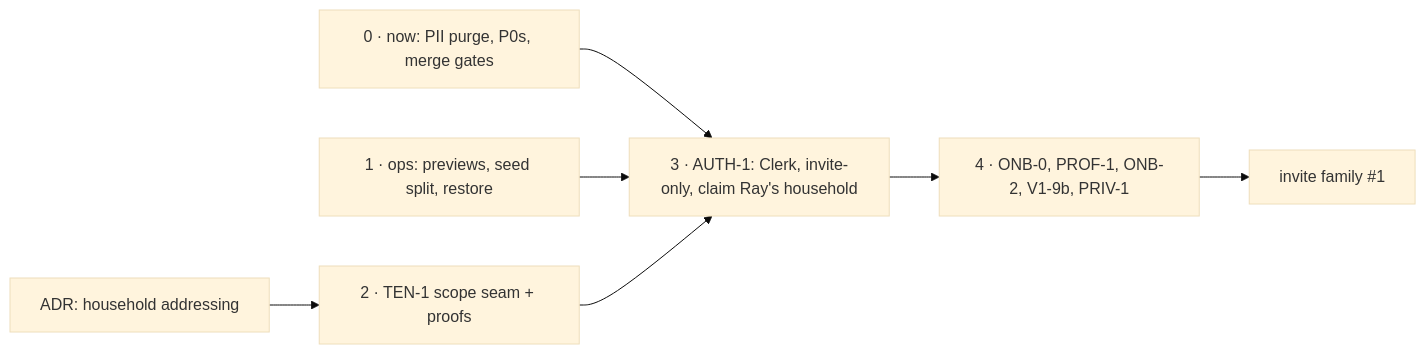
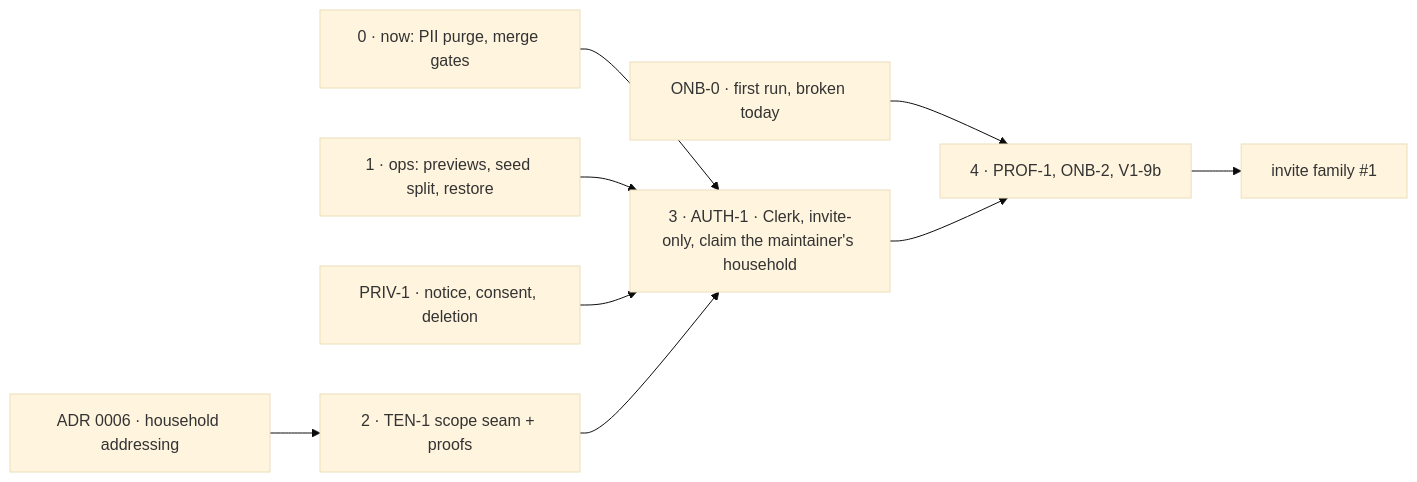
One commit to ralamode/mat-plan changed the diagram in docs/milestones/beta-1.md. Above: the diagram before and after it, drawn with Mermaid (base theme). The commit also changed other lines of this file and 5 other files, not shown here.

First line of the commit message:
docs(process): fix the lane-limit rule, start onb-0 and priv-1 now, chart milestone progress

````diff
--- a/docs/milestones/beta-1.md
+++ b/docs/milestones/beta-1.md
@@ -77,9 +77,11 @@
 ```mermaid
 flowchart LR
-  A[0 · now: PII purge, P0s, merge gates] --> AU
-  B[1 · ops: previews, seed split, restore] --> AU
-  C[ADR: household addressing] --> T[2 · TEN-1 scope seam + proofs]
-  T --> AU[3 · AUTH-1: Clerk, invite-only, claim Ray's household]
-  AU --> S[4 · ONB-0, PROF-1, ONB-2, V1-9b, PRIV-1]
+  N[0 · now: PII purge, merge gates] --> AU
+  O[1 · ops: previews, seed split, restore] --> AU
+  ONB[ONB-0 · first run, broken today] --> S
+  PRIV[PRIV-1 · notice, consent, deletion] --> AU
+  C[ADR 0006 · household addressing] --> T[2 · TEN-1 scope seam + proofs]
+  T --> AU[3 · AUTH-1 · Clerk, invite-only, claim the maintainer's household]
+  AU --> S[4 · PROF-1, ONB-2, V1-9b]
   S --> I[invite family #1]
 ```
````
